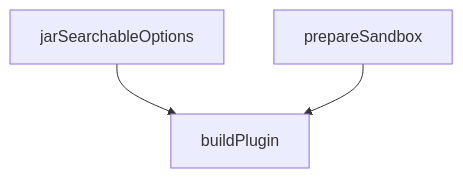
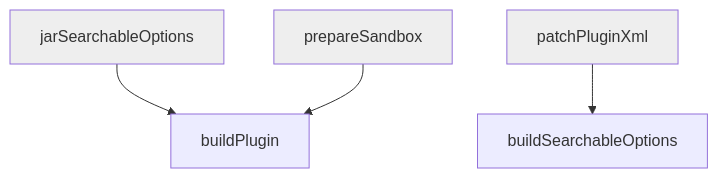
One commit to JetBrains/intellij-sdk-docs changed the diagram in topics/appendix/tools/intellij_platform_gradle_plugin/tools_intellij_platform_gradle_plugin_tasks.md. Above: the diagram before and after it, drawn with Mermaid. The commit also changed other lines of this file, not shown here.

Commit message:
IntelliJ Platform Gradle Plugin: `buildSearchableOptions` task

````diff
--- a/topics/appendix/tools/intellij_platform_gradle_plugin/tools_intellij_platform_gradle_plugin_tasks.md
+++ b/topics/appendix/tools/intellij_platform_gradle_plugin/tools_intellij_platform_gradle_plugin_tasks.md
@@ -15,12 +15,21 @@
 ```mermaid
-graph TD
+flowchart TD
     buildPlugin
+    buildSearchableOptions
     jarSearchableOptions
+    patchPluginXml
     prepareSandbox
 
     jarSearchableOptions & prepareSandbox --> buildPlugin
+    patchPluginXml --> buildSearchableOptions
 
     click buildPlugin "#buildPlugin"
+    click buildSearchableOptions "#buildSearchableOptions"
     click jarSearchableOptions "#jarSearchableOptions"
+    click patchPluginXml "#patchPluginXml"
     click prepareSandbox "#prepareSandbox"
+
+    style jarSearchableOptions fill:#eee
+    style patchPluginXml fill:#eee
+    style prepareSandbox fill:#eee
 ```
````
